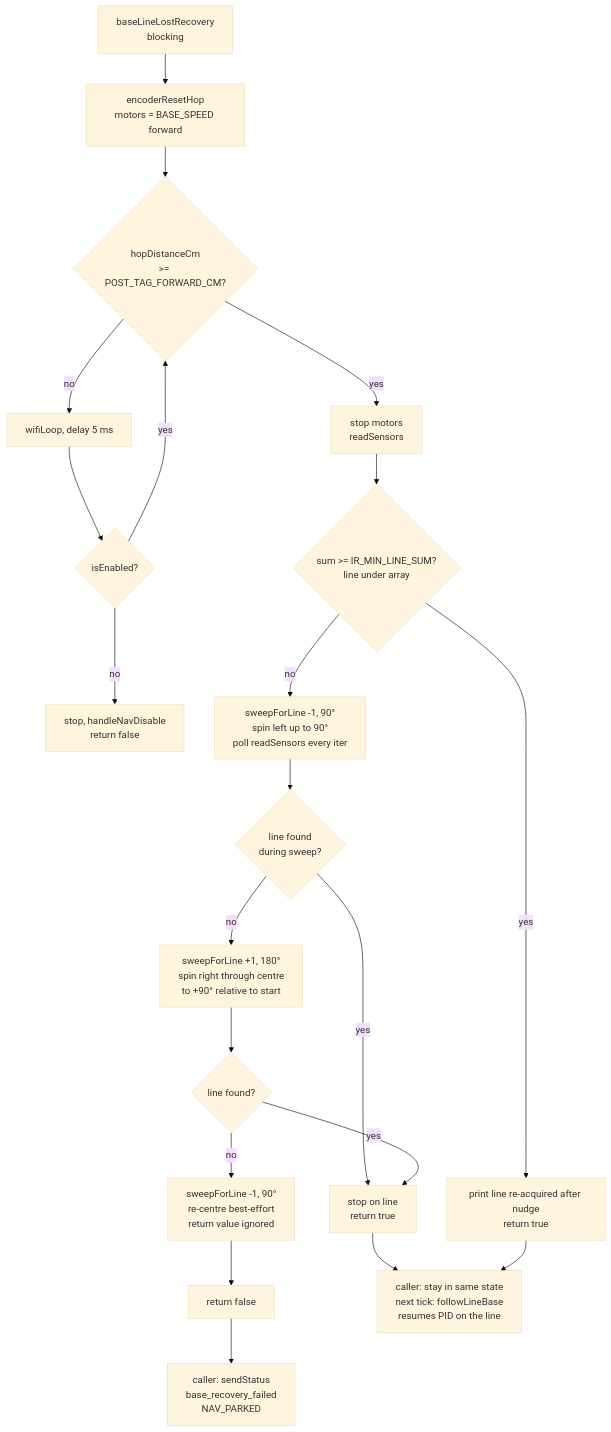
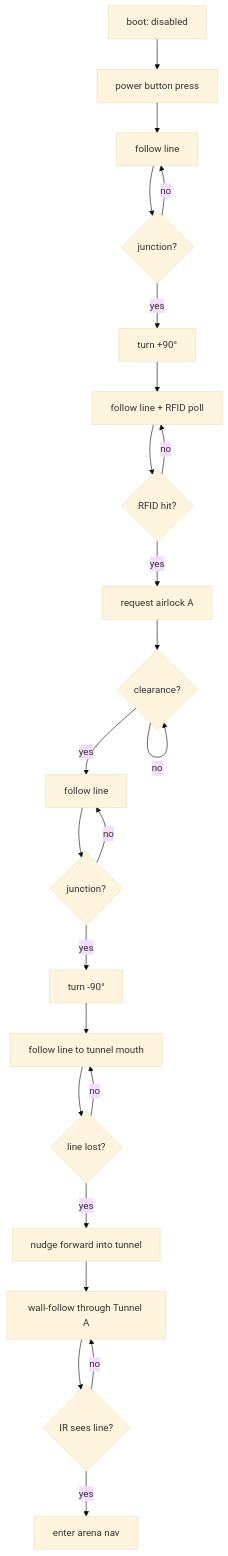
The fourth of 8 diagrams in docs/flowcharts.md (Stanleyhoo1/Robotics-Challenge), drawn with Mermaid (base theme) before and after one commit. The commit also changed other lines of this file, not shown here.

Commit message:
flowcharts fixed

````diff
--- a/docs/flowcharts.md
+++ b/docs/flowcharts.md
@@ -148,23 +79,26 @@
 ```mermaid
 flowchart TD
-    A[baseLineLostRecovery<br/>blocking] --> B[encoderResetHop<br/>motors = BASE_SPEED forward]
-    B --> C{hopDistanceCm<br/>>= POST_TAG_FORWARD_CM?}
-    C -- no --> D[wifiLoop, delay 5 ms]
-    D --> E{isEnabled?}
-    E -- no --> F[stop, handleNavDisable<br/>return false]
-    E -- yes --> C
-    C -- yes --> G[stop motors<br/>readSensors]
-    G --> H{sum >= IR_MIN_LINE_SUM?<br/>line under array}
-    H -- yes --> I[print line re-acquired after nudge<br/>return true]
-    H -- no --> J[sweepForLine -1, 90°<br/>spin left up to 90°<br/>poll readSensors every iter]
-    J --> K{line found<br/>during sweep?}
-    K -- yes --> L[stop on line<br/>return true]
-    K -- no --> M[sweepForLine +1, 180°<br/>spin right through centre<br/>to +90° relative to start]
-    M --> N{line found?}
-    N -- yes --> L
-    N -- no --> O[sweepForLine -1, 90°<br/>re-centre best-effort<br/>return value ignored]
-    O --> P[return false]
-    P --> Q[caller: sendStatus<br/>base_recovery_failed<br/>NAV_PARKED]
-    L --> R[caller: stay in same state<br/>next tick: followLineBase<br/>resumes PID on the line]
-    I --> R
+    A["boot: disabled"] --> B["power button press"]
+    B --> C["follow line"]
+    C --> D{"junction?"}
+    D -->|no| C
+    D -->|yes| E["turn +90°"]
+    E --> F["follow line + RFID poll"]
+    F --> G{"RFID hit?"}
+    G -->|no| F
+    G -->|yes| H["request airlock A"]
+    H --> I{"clearance?"}
+    I -->|no| I
+    I -->|yes| J["follow line"]
+    J --> K{"junction?"}
+    K -->|no| J
+    K -->|yes| L["turn -90°"]
+    L --> M["follow line to tunnel mouth"]
+    M --> N{"line lost?"}
+    N -->|no| M
+    N -->|yes| O["nudge forward into tunnel"]
+    O --> P["wall-follow through Tunnel A"]
+    P --> Q{"IR sees line?"}
+    Q -->|no| P
+    Q -->|yes| R["enter arena nav"]
 ```
````
